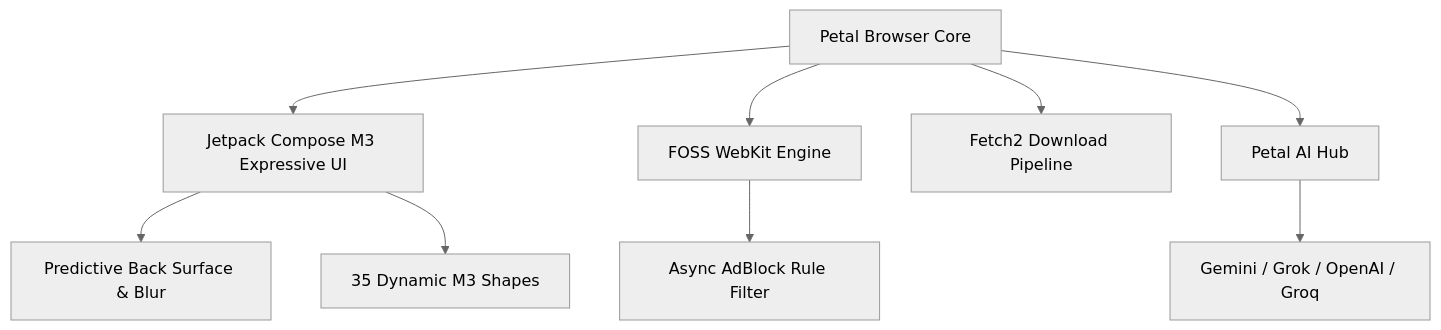
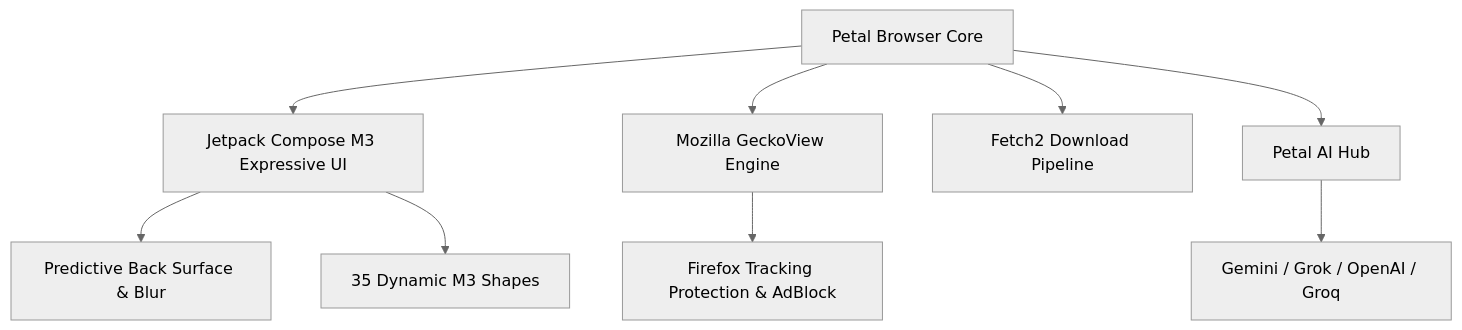
Before and after one commit to shreyagarwal72/petal: the diagram in README.md, drawn with Mermaid (neutral theme). The commit also changed other lines of this file and 7 other files, not shown here.

Commit message:
refactor(arch): eliminate FOSS browser references and finalize official Firefox GeckoView parity

````diff
--- a/README.md
+++ b/README.md
@@ -68,11 +68,11 @@
 ```mermaid
 graph TD
     A[Petal Browser Core] --> B[Jetpack Compose M3 Expressive UI]
-    A --> C[FOSS WebKit Engine]
+    A --> C[Mozilla GeckoView Engine]
     A --> D[Fetch2 Download Pipeline]
     A --> E[Petal AI Hub]
     B --> F[Predictive Back Surface & Blur]
     B --> G[35 Dynamic M3 Shapes]
-    C --> H[Async AdBlock Rule Filter]
+    C --> H[Firefox Tracking Protection & AdBlock]
     E --> I[Gemini / Grok / OpenAI / Groq]
 ```
````
